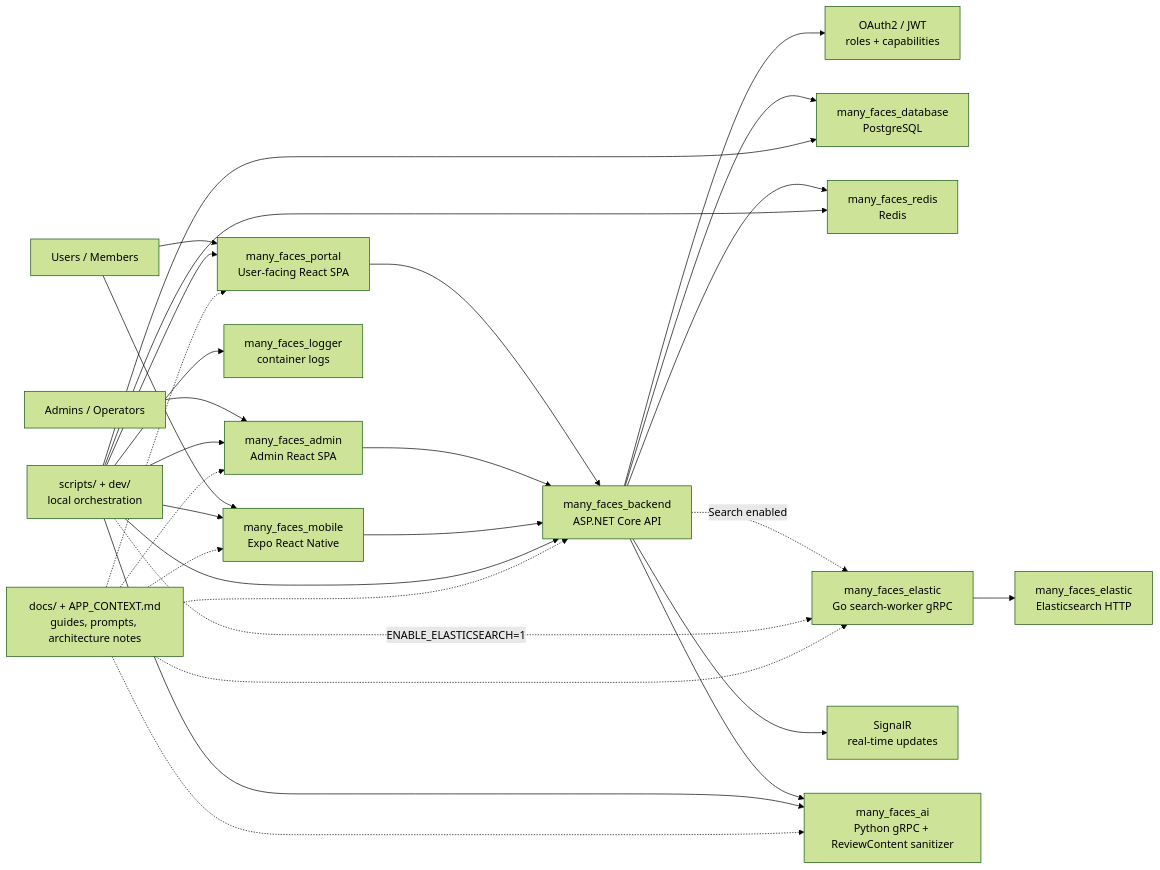
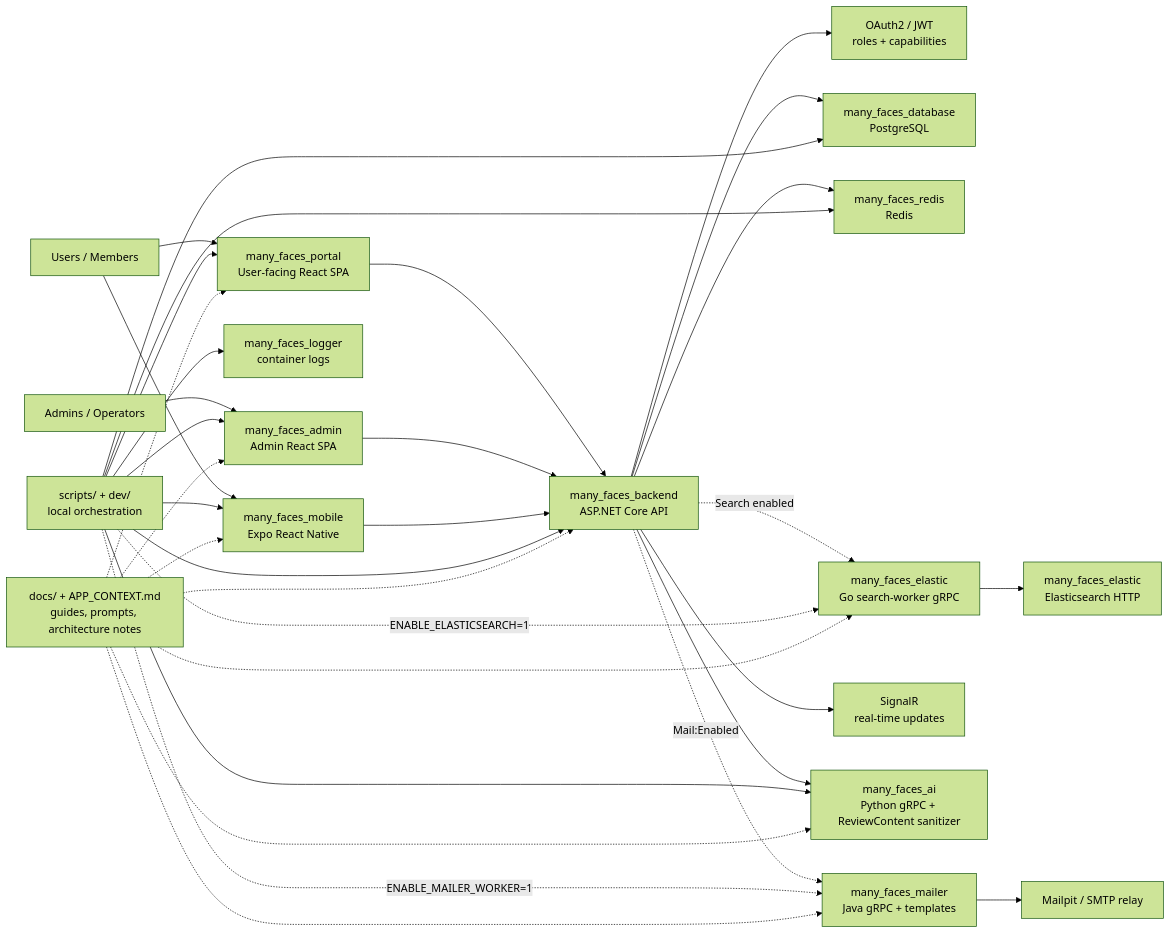
Before and after one commit to 01laky/mfai_demo: the third of 13 diagrams in README.md, drawn with Mermaid (forest theme). The commit also changed other lines of this file and 2 other files, not shown here.

First line of the commit message:
docs: mailer Mermaid in README, guides, and submodule bump

````diff
--- a/README.md
+++ b/README.md
@@ -79,37 +100,43 @@
 ```mermaid
 flowchart LR
     visitor["Users / Members"] --> fe["many_faces_portal<br/>User-facing React SPA"]
     visitor --> mobile["many_faces_mobile<br/>Expo React Native"]
     adminUser["Admins / Operators"] --> admin["many_faces_admin<br/>Admin React SPA"]
 
     fe --> api["many_faces_backend<br/>ASP.NET Core API"]
     admin --> api
     mobile --> api
 
     api --> auth["OAuth2 / JWT<br/>roles + capabilities"]
     api --> db["many_faces_database<br/>PostgreSQL"]
     api --> redis["many_faces_redis<br/>Redis"]
     sw["many_faces_elastic<br/>Go search-worker gRPC"]
     esx["many_faces_elastic<br/>Elasticsearch HTTP"]
     sw --> esx
     api -.->|"Search enabled"| sw
     api --> realtime["SignalR<br/>real-time updates"]
     api --> ai["many_faces_ai<br/>Python gRPC + ReviewContent sanitizer"]
+    mw["many_faces_mailer<br/>Java gRPC + templates"]
+    smtp["Mailpit / SMTP relay"]
+    api -.->|"Mail:Enabled"| mw
+    mw --> smtp
 
     scripts["scripts/ + dev/<br/>local orchestration"] --> fe
     scripts --> admin
     scripts --> api
     scripts --> db
     scripts --> redis
     scripts -.->|"ENABLE_ELASTICSEARCH=1"| sw
+    scripts -.->|"ENABLE_MAILER_WORKER=1"| mw
     scripts --> ai
     scripts --> mobile
     scripts --> logs["many_faces_logger<br/>container logs"]
 
     docs["docs/ + APP_CONTEXT.md<br/>guides, prompts, architecture notes"] -.-> fe
     docs -.-> admin
     docs -.-> api
     docs -.-> ai
     docs -.-> mobile
     docs -.-> sw
+    docs -.-> mw
 ```
````
